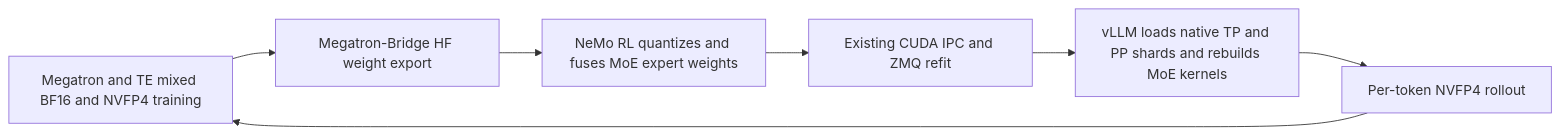
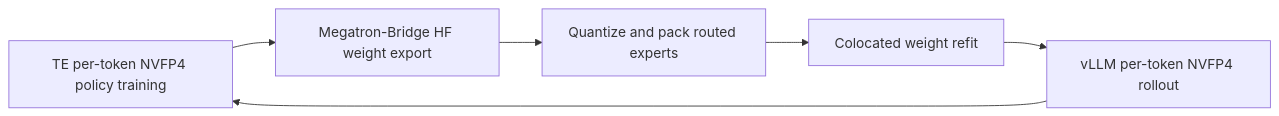
One commit to sharonyu-115/NeMo-RL changed the diagram in docs/design-docs/te-nvfp4-per-token-rollout.md. Above: the diagram before and after it, drawn with Mermaid. The commit also changed other lines of this file and 2 other files, not shown here.

Commit message:
docs: rewrite end-to-end NVFP4 training guide

````diff
--- a/docs/design-docs/te-nvfp4-per-token-rollout.md
+++ b/docs/design-docs/te-nvfp4-per-token-rollout.md
@@ -44,9 +128,8 @@
 ```mermaid
 flowchart LR
-    A[Megatron and TE mixed BF16 and NVFP4 training] --> B[Megatron-Bridge HF weight export]
-    B --> C[NeMo RL quantizes and fuses MoE expert weights]
-    C --> D[Existing CUDA IPC and ZMQ refit]
-    D --> E[vLLM loads native TP and PP shards and rebuilds MoE kernels]
-    E --> F[Per-token NVFP4 rollout]
-    F --> A
+    A[TE per-token NVFP4 policy training] --> B[Megatron-Bridge HF weight export]
+    B --> C[Quantize and pack routed experts]
+    C --> D[Colocated weight refit]
+    D --> E[vLLM per-token NVFP4 rollout]
+    E --> A
 ```
````
